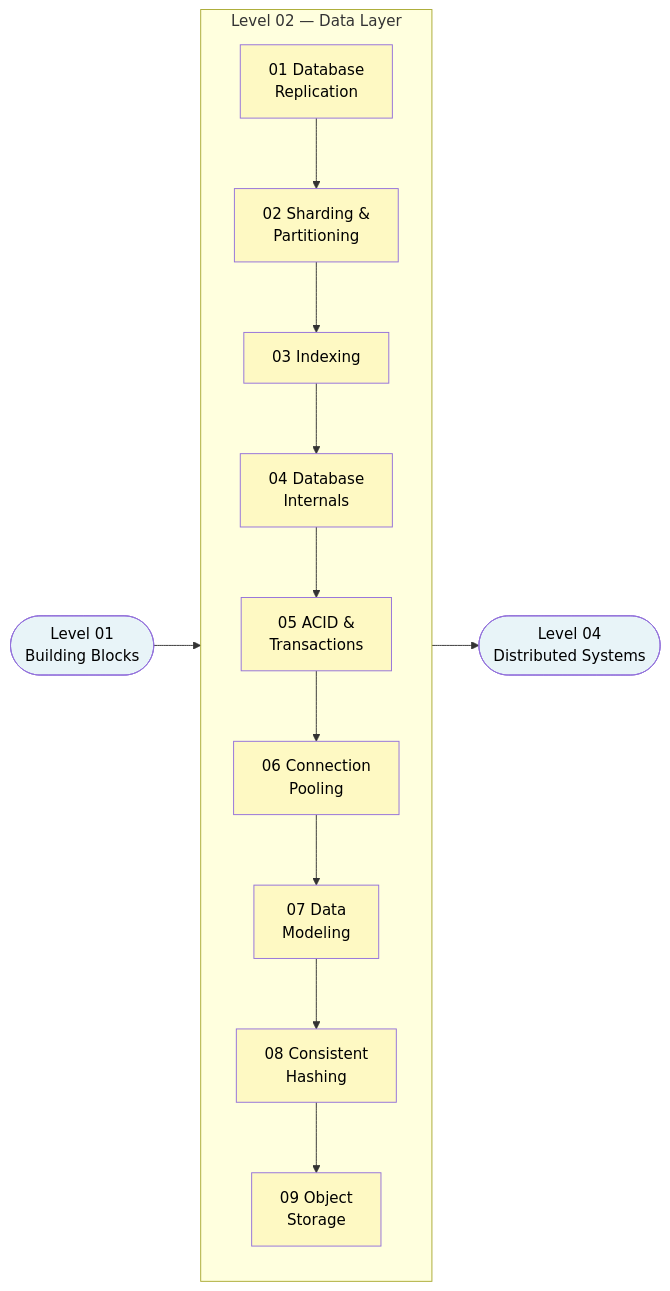
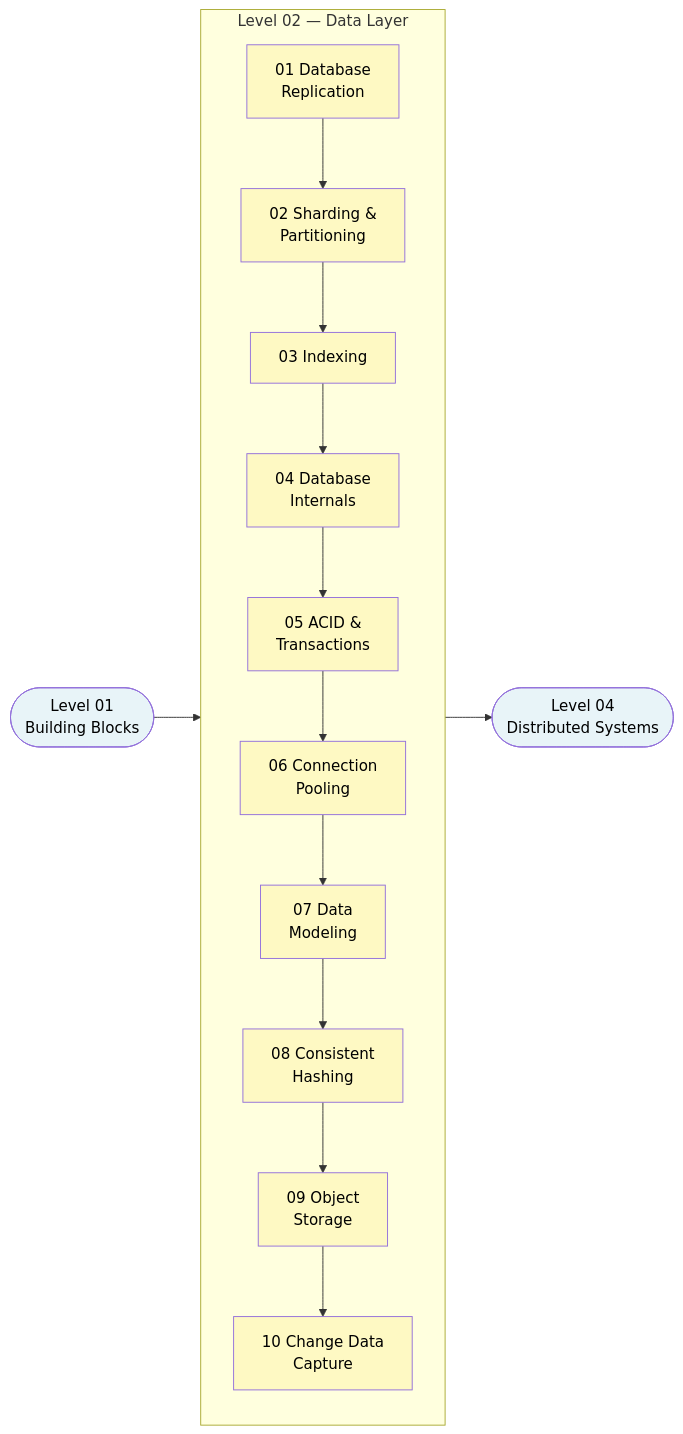
The diagram in Level-02-Data-Layer/README.md (Ankan1998/learn-system-design), drawn with Mermaid before and after one commit. The commit also changed other lines of this file and 2 other files, not shown here.

````diff
--- a/Level-02-Data-Layer/README.md
+++ b/Level-02-Data-Layer/README.md
@@ -37,40 +38,43 @@
 ```mermaid
 flowchart LR
     A([Level 01<br/>Building Blocks]) --> B
 
     subgraph B[" Level 02 — Data Layer "]
         direction TB
         T1[01 Database<br/>Replication]
         T2[02 Sharding &<br/>Partitioning]
         T3[03 Indexing]
         T4[04 Database<br/>Internals]
         T5[05 ACID &<br/>Transactions]
         T6[06 Connection<br/>Pooling]
         T7[07 Data<br/>Modeling]
         T8[08 Consistent<br/>Hashing]
         T9[09 Object<br/>Storage]
+        T10[10 Change Data<br/>Capture]
 
         T1 --> T2
         T2 --> T3
         T3 --> T4
         T4 --> T5
         T5 --> T6
         T6 --> T7
         T7 --> T8
         T8 --> T9
+        T9 --> T10
     end
 
     B --> C([Level 04<br/>Distributed Systems])
 
     style A fill:#e8f4f8,color:#000
     style C fill:#e8f4f8,color:#000
     style T1 fill:#fef9c3,color:#000
     style T2 fill:#fef9c3,color:#000
     style T3 fill:#fef9c3,color:#000
     style T4 fill:#fef9c3,color:#000
     style T5 fill:#fef9c3,color:#000
     style T6 fill:#fef9c3,color:#000
     style T7 fill:#fef9c3,color:#000
     style T8 fill:#fef9c3,color:#000
     style T9 fill:#fef9c3,color:#000
+    style T10 fill:#fef9c3,color:#000
 ```
````
